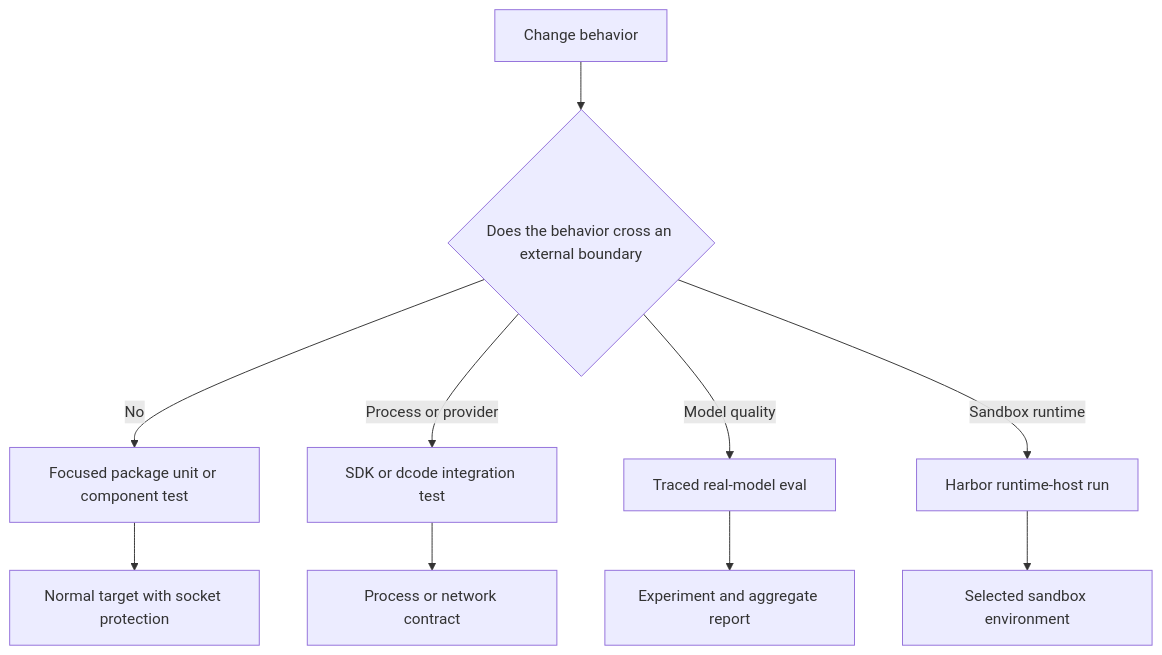
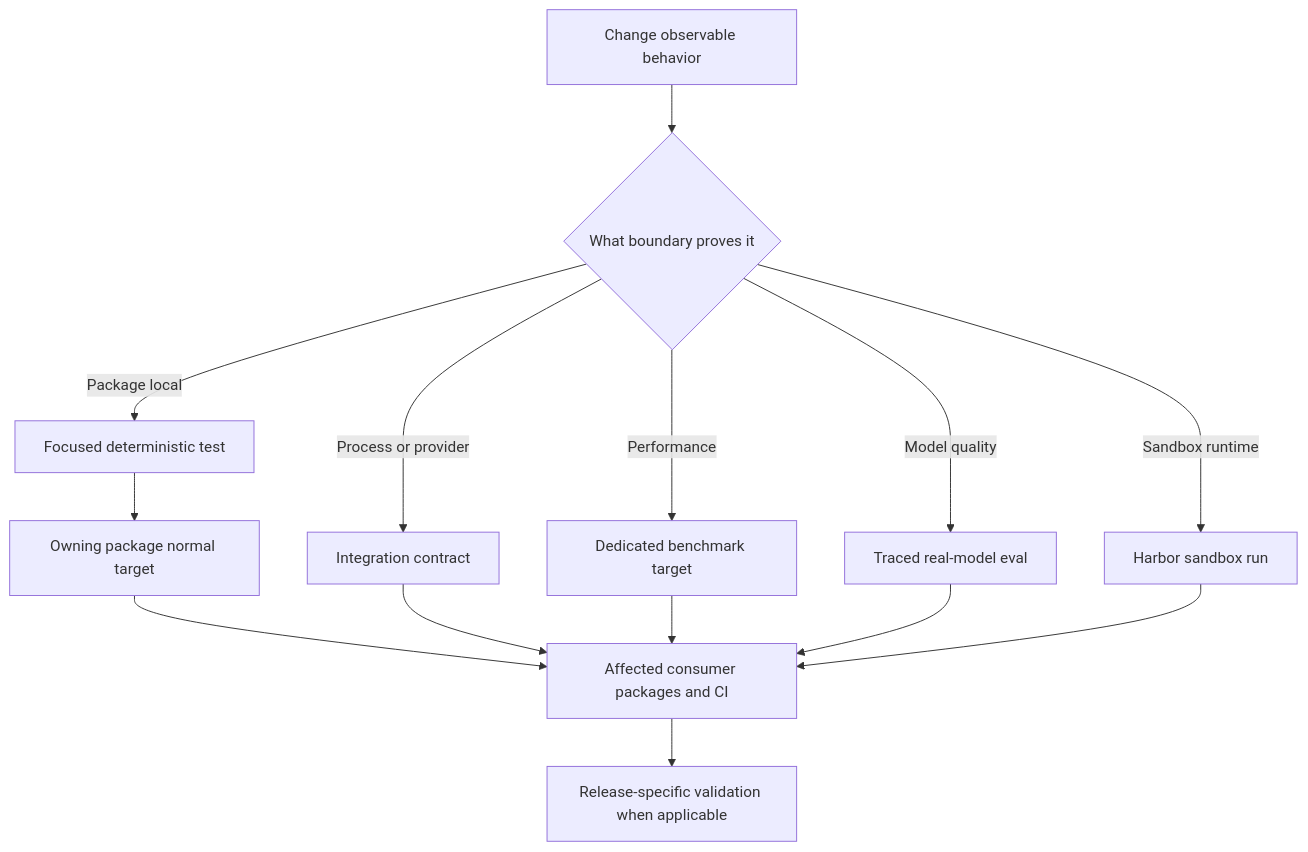
The diagram in openwiki/testing/testing-guide.md (langchain-ai/deepagents), drawn with Mermaid before and after one commit. The commit also changed other lines of this file and 63 other files, not shown here.

````diff
--- a/openwiki/testing/testing-guide.md
+++ b/openwiki/testing/testing-guide.md
@@ -75,12 +75,16 @@
 ```mermaid
 flowchart TD
-    Change["Change behavior"] --> External{"Does the behavior cross an external boundary"}
-    External -->|"No"| Unit["Focused package unit or component test"]
-    Unit --> Normal["Normal target with socket protection"]
-    External -->|"Process or provider"| Integration["SDK or dcode integration test"]
-    External -->|"Model quality"| EvalRun["Traced real-model eval"]
-    External -->|"Sandbox runtime"| Harbor["Harbor runtime-host run"]
-    Integration --> Contract["Process or network contract"]
-    EvalRun --> Report["Experiment and aggregate report"]
-    Harbor --> Sandbox["Selected sandbox environment"]
+    Change["Change observable behavior"] --> Boundary{"What boundary proves it"}
+    Boundary -->|"Package local"| Unit["Focused deterministic test"]
+    Unit --> Package["Owning package normal target"]
+    Boundary -->|"Process or provider"| Integration["Integration contract"]
+    Boundary -->|"Performance"| Benchmark["Dedicated benchmark target"]
+    Boundary -->|"Model quality"| EvalRun["Traced real-model eval"]
+    Boundary -->|"Sandbox runtime"| Harbor["Harbor sandbox run"]
+    Package --> Fanout["Affected consumer packages and CI"]
+    Integration --> Fanout
+    Benchmark --> Fanout
+    EvalRun --> Fanout
+    Harbor --> Fanout
+    Fanout --> Release["Release-specific validation when applicable"]
 ```
````
